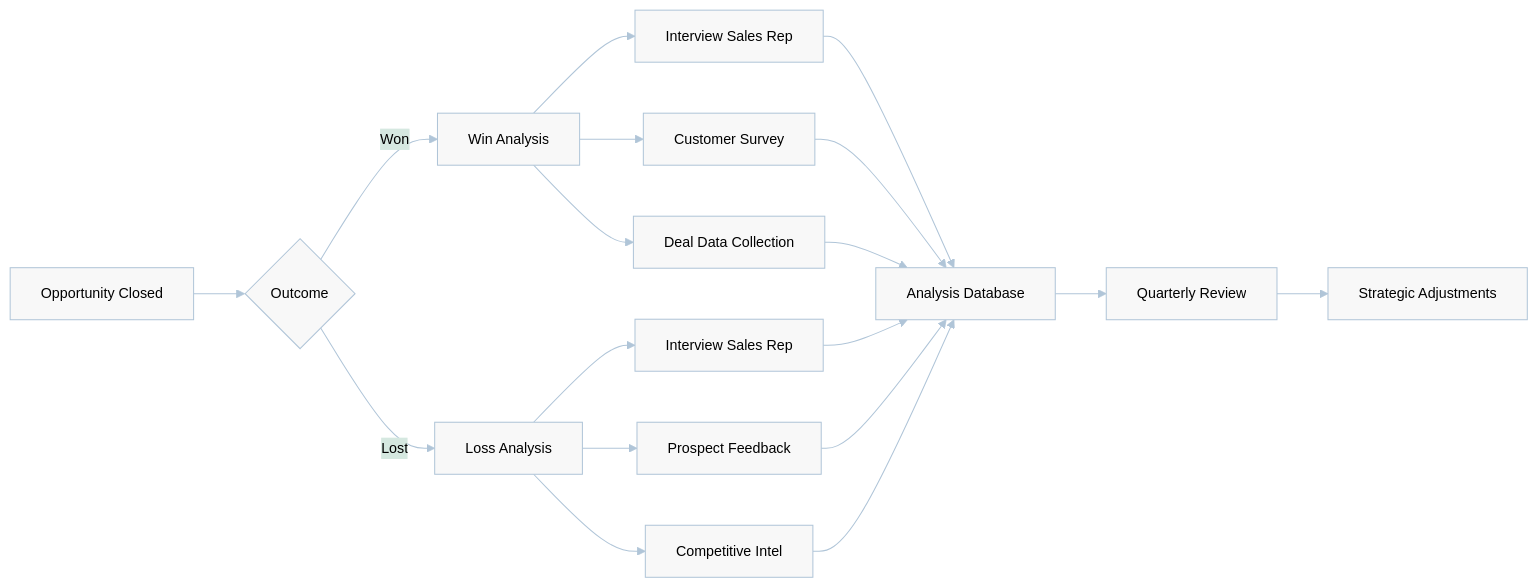
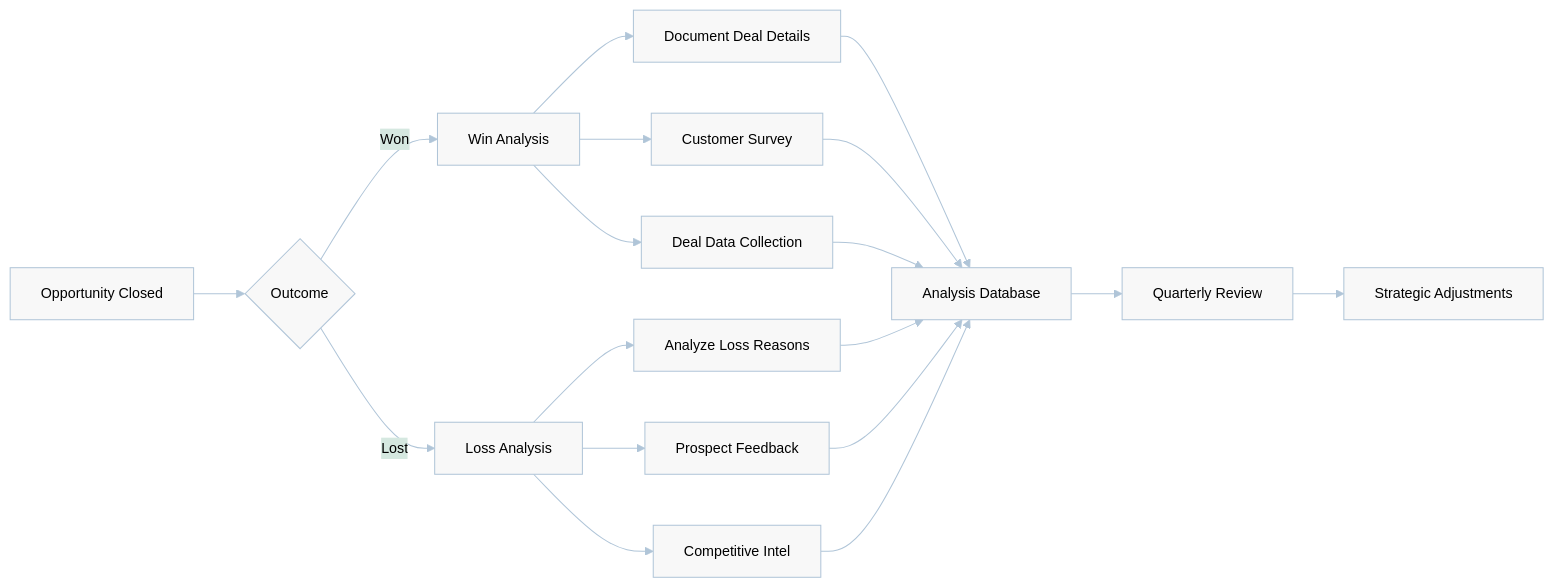
Before and after one commit to o2alexanderfedin/AI-Hive-Business-Docs: the first of 9 diagrams in business-documents/competitive-positioning/08-win-loss-analysis.md, drawn with Mermaid. The commit also changed other lines of this file and 2 other files, not shown here.

````diff
--- a/business-documents/competitive-positioning/08-win-loss-analysis.md
+++ b/business-documents/competitive-positioning/08-win-loss-analysis.md
@@ -25,46 +25,46 @@
 ```mermaid
 %%{init: {
   'theme': 'base',
   'themeVariables': {
     'primaryColor': '#E0E8F0',
     'primaryTextColor': '#000000',
     'primaryBorderColor': '#B0C5D8',
     'lineColor': '#B0C5D8',
     'secondaryColor': '#D5E8E0',
     'background': '#FFFFFF',
     'mainBkg': '#F8F8F8',
     'secondBkg': '#F0F0F0',
     'darkMode': false,
     'fontFamily': 'Arial, sans-serif',
     'fontSize': '14px',
     'textColor': '#000000',
     'nodeBkg': '#F5F5F5',
     'nodeBorder': '#B0C5D8',
     'clusterBkg': '#FAFAFA',
     'clusterBorder': '#B0C5D8',
     'defaultLinkColor': '#B0C5D8'
   }
 }}%%
 graph LR
     A[Opportunity Closed] --> B{Outcome}
     B -->|Won| C[Win Analysis]
     B -->|Lost| D[Loss Analysis]
 
-    C --> E[Interview Sales Rep]
+    C --> E[Document Deal Details]
     C --> F[Customer Survey]
     C --> G[Deal Data Collection]
 
-    D --> H[Interview Sales Rep]
+    D --> H[Analyze Loss Reasons]
     D --> I[Prospect Feedback]
     D --> J[Competitive Intel]
 
     E --> K[Analysis Database]
     F --> K
     G --> K
     H --> K
     I --> K
     J --> K
 
     K --> L[Quarterly Review]
     L --> M[Strategic Adjustments]
 ```
````
